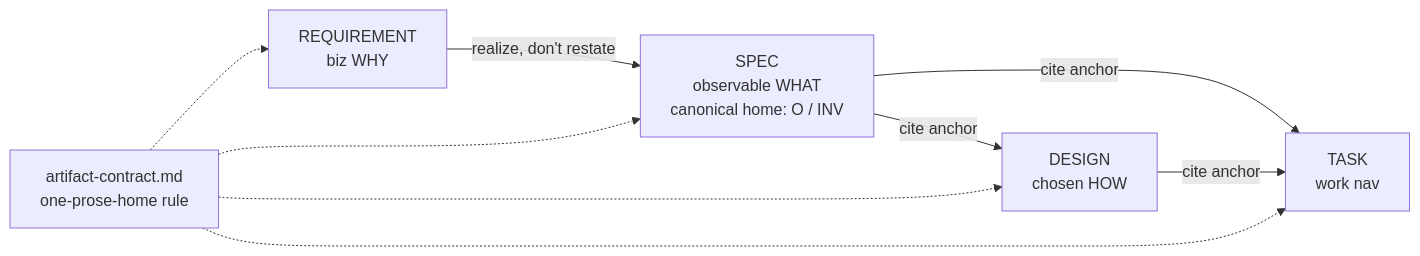
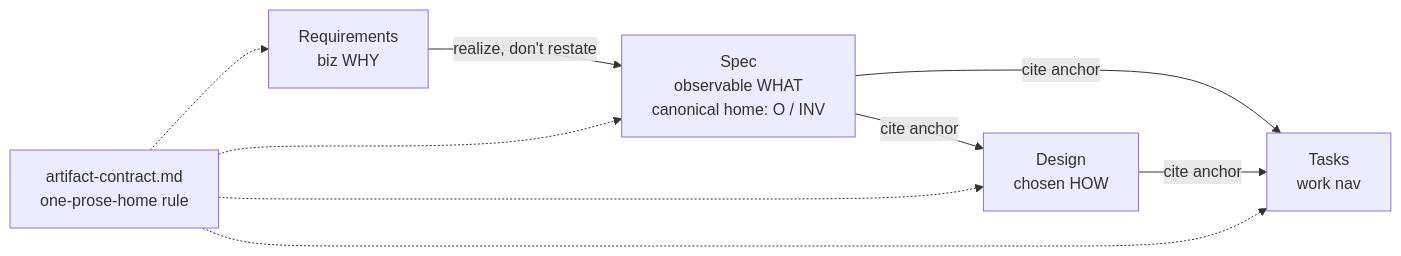
Before and after one commit to mynghn/leanplan: the diagram in docs/features/260620-lean-review-surfaces/design.md, drawn with Mermaid. The commit also changed other lines of this file and 51 other files, not shown here.

````diff
--- a/docs/features/260620-lean-review-surfaces/design.md
+++ b/docs/features/260620-lean-review-surfaces/design.md
@@ -7,12 +7,12 @@
 ```mermaid
 flowchart LR
-  R["REQUIREMENT<br/>biz WHY"] -->|"realize, don't restate"| S["SPEC<br/>observable WHAT<br/>canonical home: O / INV"]
-  S -->|"cite anchor"| D["DESIGN<br/>chosen HOW"]
-  S -->|"cite anchor"| T["TASK<br/>work nav"]
+  R["Requirements<br/>biz WHY"] -->|"realize, don't restate"| S["Spec<br/>observable WHAT<br/>canonical home: O / INV"]
+  S -->|"cite anchor"| D["Design<br/>chosen HOW"]
+  S -->|"cite anchor"| T["Tasks<br/>work nav"]
   D -->|"cite anchor"| T
   AC["artifact-contract.md<br/>one-prose-home rule"]
   AC -.-> R
   AC -.-> S
   AC -.-> D
   AC -.-> T
 ```
````
